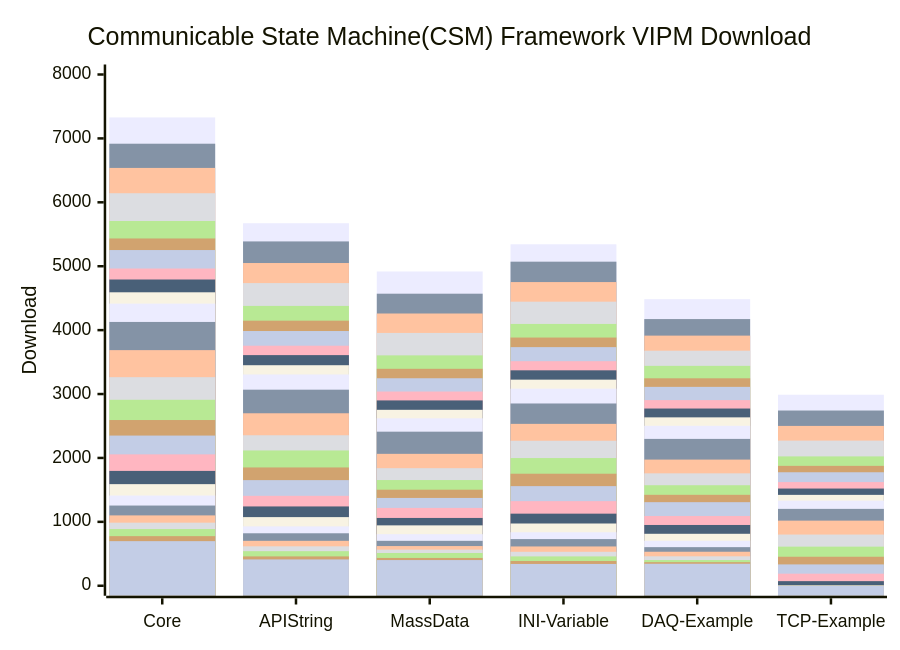
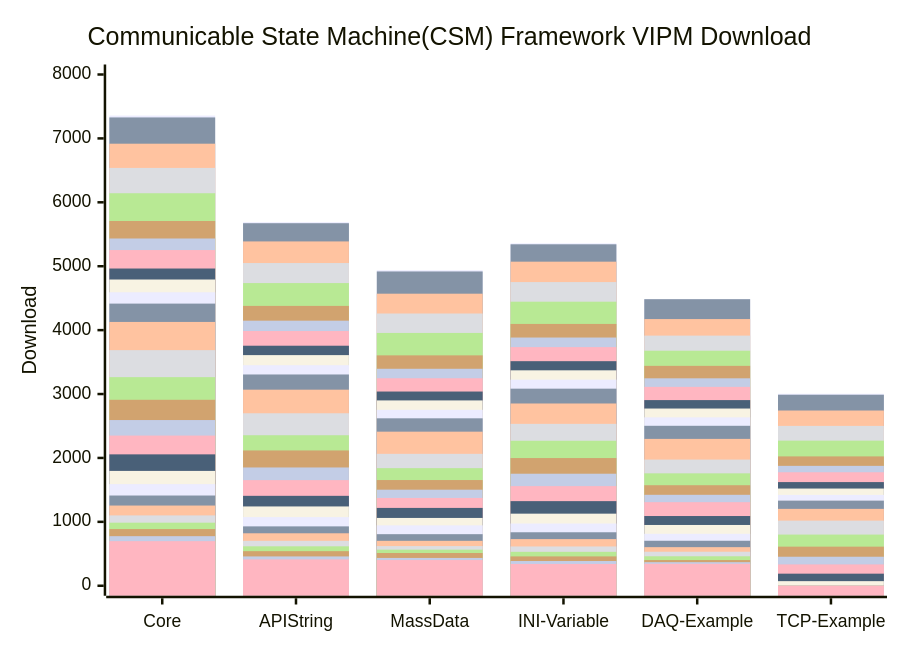
Before and after one commit to NEVSTOP-LAB/.github: the diagram in profile/README.md, drawn with Mermaid. The commit also changed 1 other file, not shown here.

Commit message:
chore: update profile README

````diff
--- a/profile/README.md
+++ b/profile/README.md
@@ -42,33 +42,34 @@
 ```mermaid
     xychart-beta
     title "Communicable State Machine(CSM) Framework VIPM Download"
     x-axis [Core, API String, MassData, INI-Variable, DAQ-Example, TCP-Example]
     y-axis "Download" 0 --> 8000
+    bar   [7357, 5688, 4937, 5357, 4484, 3004, 2026.08]
     bar   [7328, 5673, 4918, 5343, 4484, 2989, 2026.07]
     bar   [6917, 5388, 4570, 5071, 4173, 2742, 2026.06]
     bar   [6538, 5050, 4260, 4752, 3914, 2501, 2026.05]
     bar   [6142, 4736, 3956, 4445, 3678, 2271, 2026.04]
     bar   [5708, 4379, 3605, 4097, 3441, 2024, 2026.03]
     bar   [5434, 4148, 3395, 3884, 3246, 1876, 2026.02]
     bar   [5253, 3986, 3247, 3734, 3112, 1776, 2026.01]
     bar   [4964, 3756, 3039, 3514, 2905, 1622, 2025.12]
     bar   [4792, 3609, 2900, 3371, 2773, 1521, 2025.11]
     bar   [4592, 3451, 2753, 3225, 2635, 1422, 2025.10]
     bar   [4415, 3306, 2620, 3084, 2503, 1332, 2025.09]
     bar   [4128, 3068, 2411, 2852, 2298, 1203, 2025.08]
     bar   [3687, 2699, 2064, 2533, 1974, 1019, 2025.07]
     bar   [3264, 2355, 1840, 2269, 1759, 801, 2025.06]
     bar   [2910, 2117, 1654, 1998, 1573, 612, 2025.05]
     bar   [2593, 1851, 1503, 1753, 1423, 454, 2025.04]
     bar   [2350, 1653, 1374, 1559, 1308, 334, 2025.03]
     bar   [2056, 1407, 1218, 1324, 1091, 189, 2025.02]
     bar   [1797, 1241, 1061, 1128, 951, 72, 2025.01]
     bar   [1590, 1074, 945, 974, 813, 0, 2024.12]
     bar   [1412, 929, 807, 837, 704, 0, 2024.11]
     bar   [1255, 821, 703, 730, 604, 0, 2024.10]
     bar   [1101, 703, 621, 615, 532, 0, 2024.09]
     bar   [987, 617, 565, 531, 461, 0, 2024.08]
     bar   [887, 541, 512, 459, 402, 0, 2024.07]
     bar   [776, 459, 435, 387, 369, 0, 2024.06]
     bar   [698, 412, 402, 341, 344, 0, 2024.05]
 ```
````
